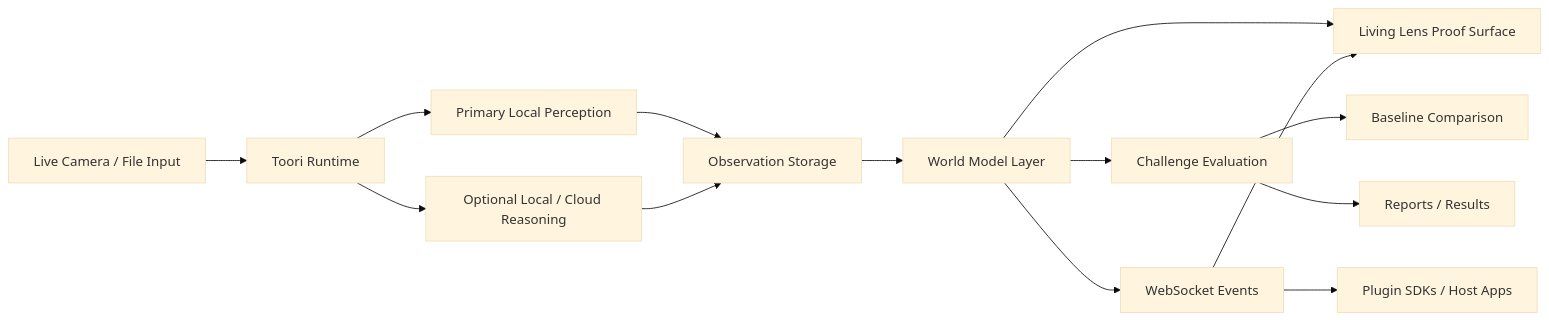
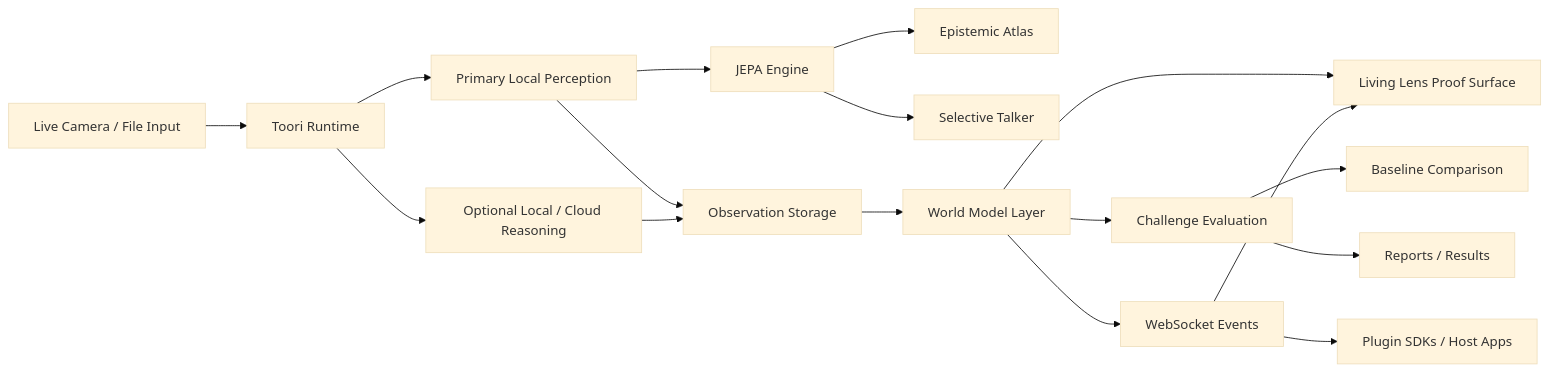
The diagram in README.md (NeoOne601/Toori), drawn with Mermaid (base theme) before and after one commit. The commit also changed other lines of this file and 20 other files, not shown here.

First line of the commit message:
feat: transition to JEPA-native architecture and update documentation

````diff
--- a/README.md
+++ b/README.md
@@ -80,16 +80,19 @@
 ```mermaid
 flowchart LR
   Camera["Live Camera / File Input"] --> Runtime["Toori Runtime"]
   Runtime --> Perception["Primary Local Perception"]
+  Perception --> JEPA["JEPA Engine"]
+  JEPA --> Atlas["Epistemic Atlas"]
+  JEPA --> Talker["Selective Talker"]
   Perception --> Observation["Observation Storage"]
   Observation --> World["World Model Layer"]
   World --> Living["Living Lens Proof Surface"]
   World --> Challenge["Challenge Evaluation"]
   Challenge --> Compare["Baseline Comparison"]
   Runtime --> Reasoning["Optional Local / Cloud Reasoning"]
   Reasoning --> Observation
   World --> Events["WebSocket Events"]
   Events --> Living
   Events --> Plugins["Plugin SDKs / Host Apps"]
   Challenge --> Docs["Reports / Results"]
 ```
````
